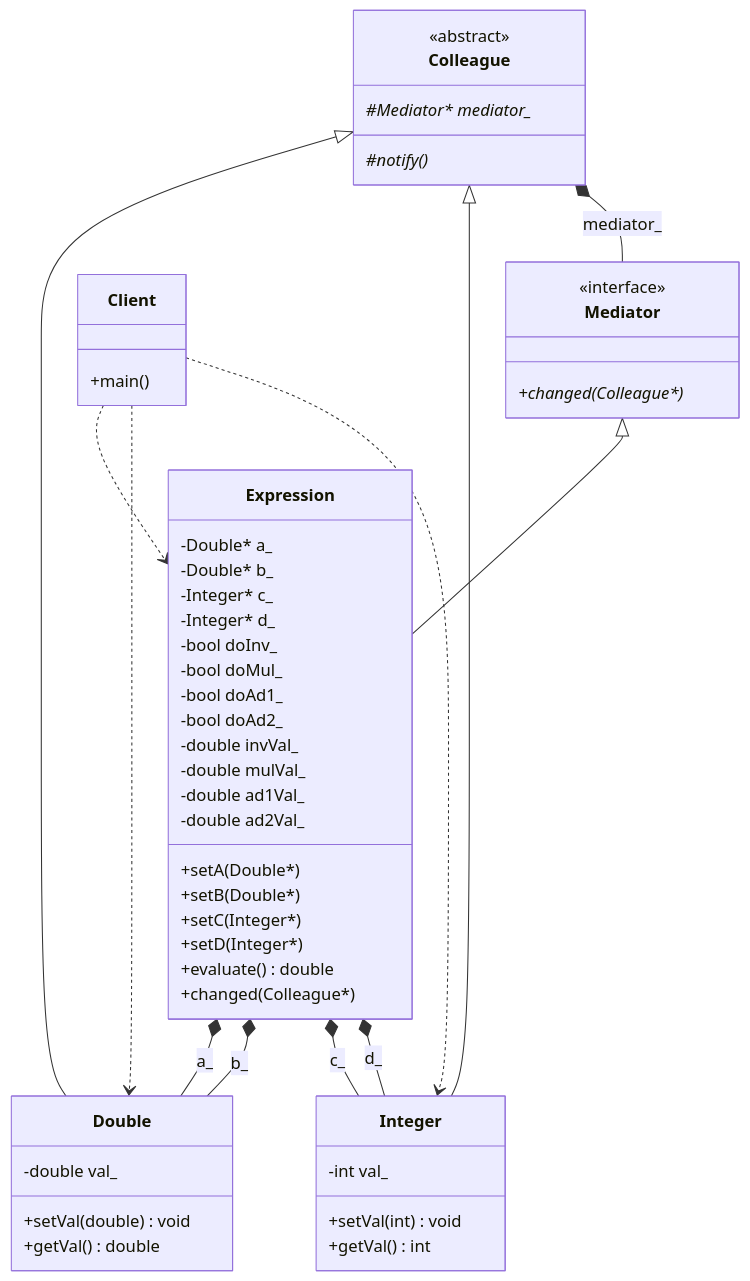
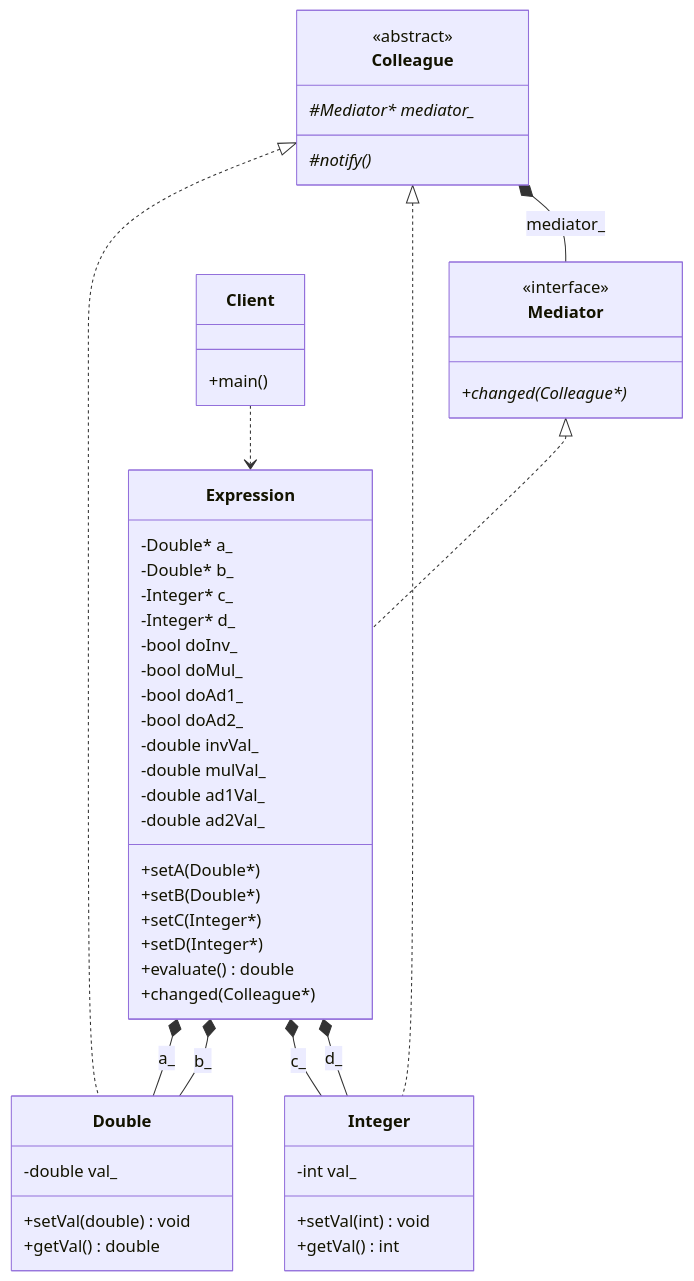
Before and after one commit to Cichlidfishexigency721/Modern-CPP-Design-Patterns: the diagram in 22_Mediator/README.md, drawn with Mermaid. The commit also changed 1 other file, not shown here.

Commit message:
Improvement in UML

````diff
--- a/22_Mediator/README.md
+++ b/22_Mediator/README.md
@@ -50,68 +50,66 @@
 ```mermaid
 classDiagram
    class Mediator {
       <<interface>>
       +changed(Colleague*)*
    }
 
    class Colleague {
       <<abstract>>
       #Mediator* mediator_*
       #notify()*
    }
 
    class Double {
       -double val_
       +setVal(double) void
       +getVal() double
    }
 
    class Integer {
       -int val_
       +setVal(int) void
       +getVal() int
    }
 
    class Expression {
       -Double* a_
       -Double* b_
       -Integer* c_
       -Integer* d_
       -bool doInv_
       -bool doMul_
       -bool doAd1_
       -bool doAd2_
       -double invVal_
       -double mulVal_
       -double ad1Val_
       -double ad2Val_
       +setA(Double*)
       +setB(Double*)
       +setC(Integer*)
       +setD(Integer*)
       +evaluate() double
       +changed(Colleague*)
    }
 
    class Client {
       +main()
    }
 
    %% Inheritance (Is_a) - No numbers
-   Mediator <|-- Expression
-   Colleague <|-- Double
-   Colleague <|-- Integer
+   Mediator <|.. Expression
+   Colleague <|.. Double
+   Colleague <|.. Integer
 
    %% Bidirectional Relationship
    %% Composition (Has_a) - Multiplicity only at the end
    Colleague *-- Mediator : mediator_
    Expression *-- Double : a_
    Expression *-- Double : b_
    Expression *-- Integer : c_
    Expression *-- Integer : d_
 
    %% Dependency - No numbers
    Client ..> Expression
-   Client ..> Double
-   Client ..> Integer
 ```
````
